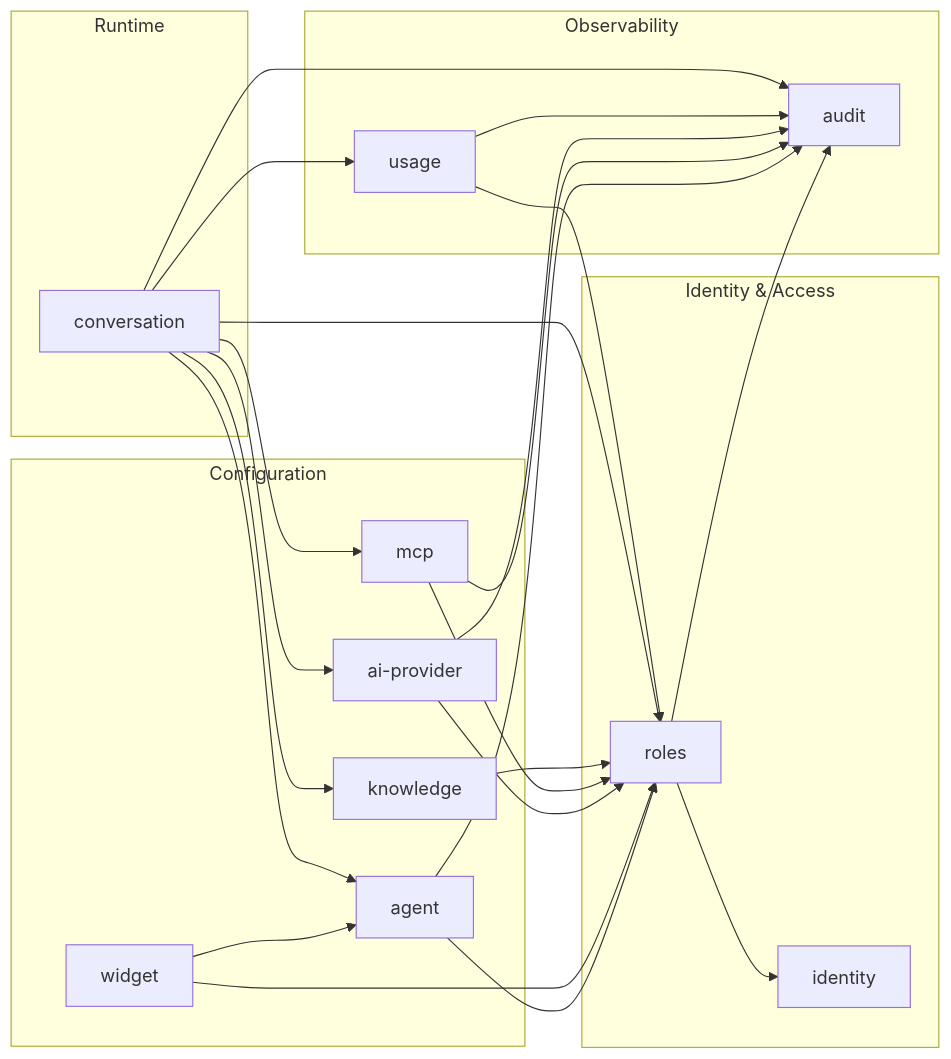
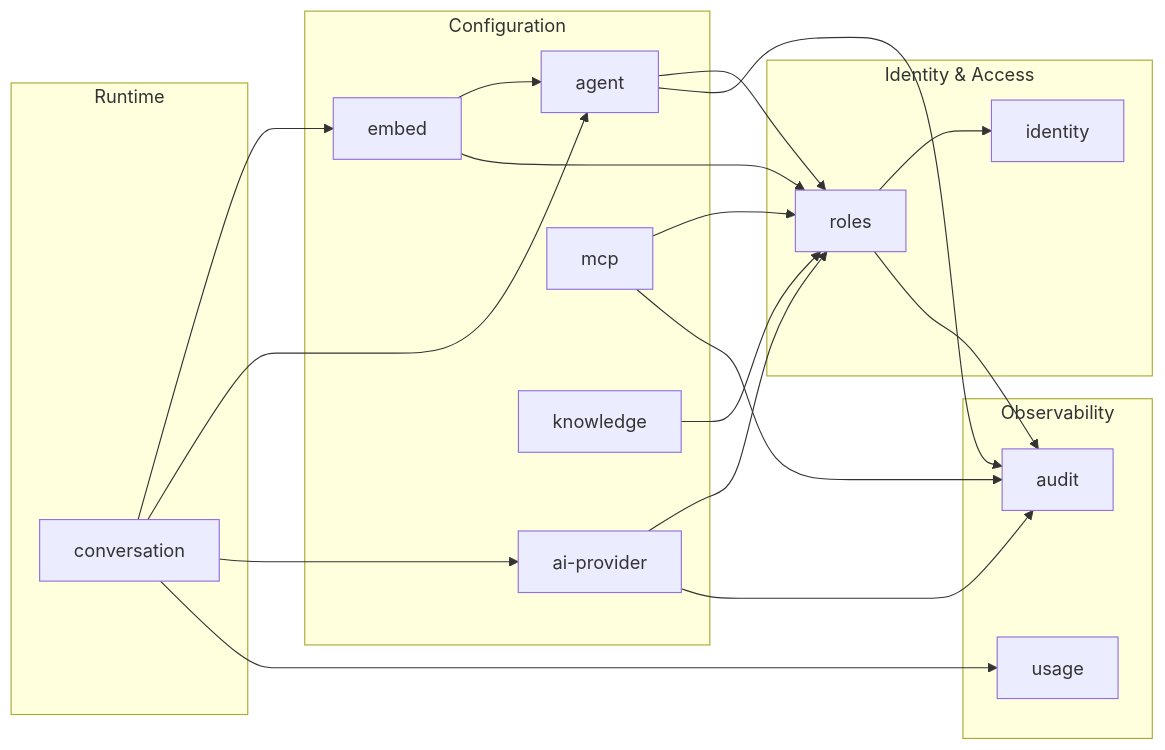
Before and after one commit to Talqo/talqo: the diagram in docs/architecture/module-diagram.md, drawn with Mermaid. The commit also changed other lines of this file and 174 other files, not shown here.

````diff
--- a/docs/architecture/module-diagram.md
+++ b/docs/architecture/module-diagram.md
@@ -9,48 +9,43 @@
 ```mermaid
 graph LR
     subgraph "Identity & Access"
         identity[identity]
         roles[roles]
     end
 
     subgraph "Configuration"
         agent[agent]
-        widget[widget]
+        embed[embed]
         ai_provider["ai-provider"]
         mcp[mcp]
         knowledge[knowledge]
     end
 
     subgraph "Runtime"
         conversation[conversation]
     end
 
     subgraph "Observability"
         usage[usage]
         audit[audit]
     end
 
     roles --> identity
 
     agent --> roles
-    widget --> agent
-    widget --> roles
+    embed --> agent
+    embed --> roles
     ai_provider --> roles
     mcp --> roles
     knowledge --> roles
-    usage --> roles
 
+    conversation --> embed
     conversation --> agent
     conversation --> ai_provider
-    conversation --> mcp
-    conversation --> knowledge
     conversation --> usage
-    conversation --> roles
 
     roles --> audit
     agent --> audit
     mcp --> audit
     ai_provider --> audit
-    usage --> audit
-    conversation --> audit
 ```
````
